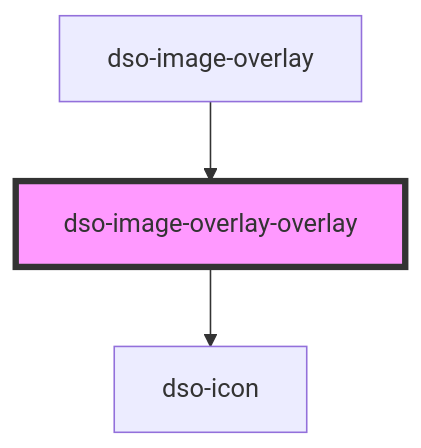
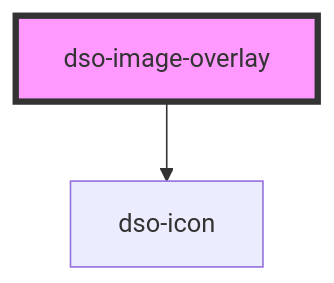
One commit to dso-toolkit/dso-toolkit changed the diagram in packages/core/src/components/image-overlay/readme.md. Above: the diagram before and after it, drawn with Mermaid. The commit also changed other lines of this file and 6 other files, not shown here.

````diff
--- a/packages/core/src/components/image-overlay/readme.md
+++ b/packages/core/src/components/image-overlay/readme.md
@@ -34,6 +15,5 @@
 ```mermaid
 graph TD;
-  dso-image-overlay-overlay --> dso-icon
-  dso-image-overlay --> dso-image-overlay-overlay
-  style dso-image-overlay-overlay fill:#f9f,stroke:#333,stroke-width:4px
+  dso-image-overlay --> dso-icon
+  style dso-image-overlay fill:#f9f,stroke:#333,stroke-width:4px
 ```
````
